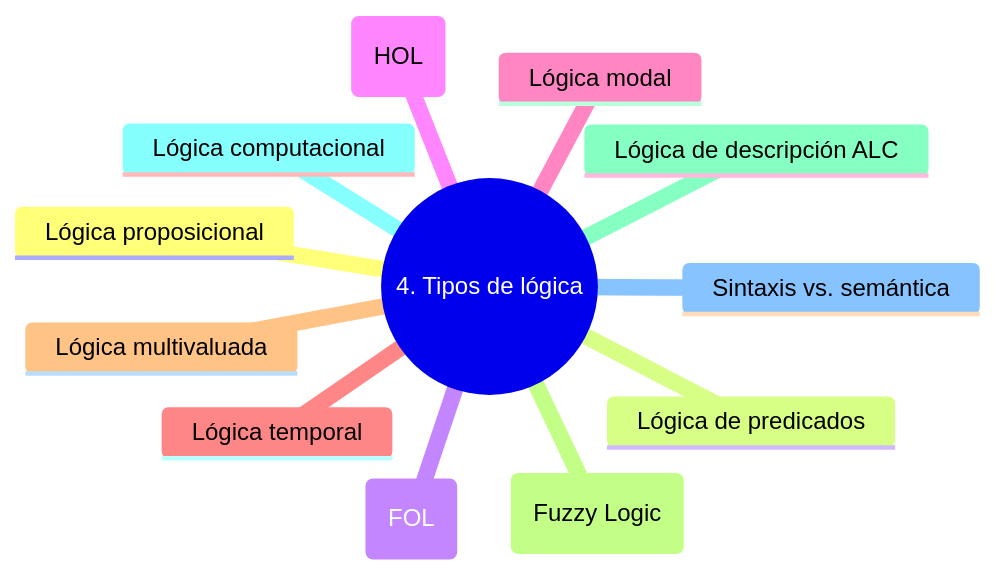
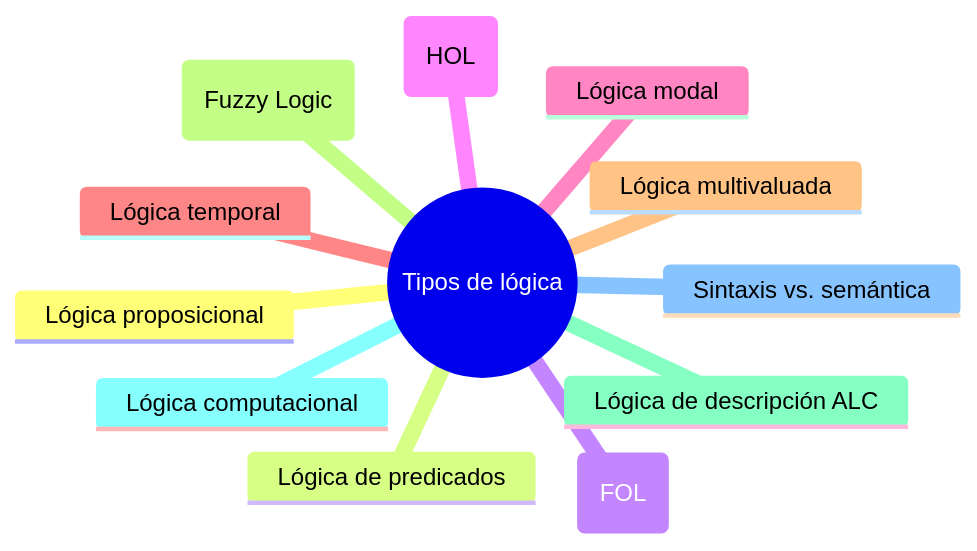
Before and after one commit to rgglez/rgglez-website: the fourth of 17 diagrams in src/src/data/blog/2026/05/es/glosario-razonamiento-planificacion.mdx, drawn with Mermaid. The commit also changed other lines of this file and 42 other files, not shown here.

````diff
--- a/src/src/data/blog/2026/05/es/glosario-razonamiento-planificacion.mdx
+++ b/src/src/data/blog/2026/05/es/glosario-razonamiento-planificacion.mdx
@@ -470,15 +484,15 @@
 ```mermaid
 mindmap
-  root((4. Tipos de lógica))
+  root(("Tipos de lógica"))
     Lógica proposicional
     Lógica de predicados
     Lógica de primer orden (FOL)
     Lógica de orden superior (HOL)
     Lógica modal
     Lógica temporal
     Lógica multivaluada
     Lógica difusa (Fuzzy Logic)
     Lógica de descripción ALC
     Lógica computacional
     Sintaxis vs. semántica
 ```
````
